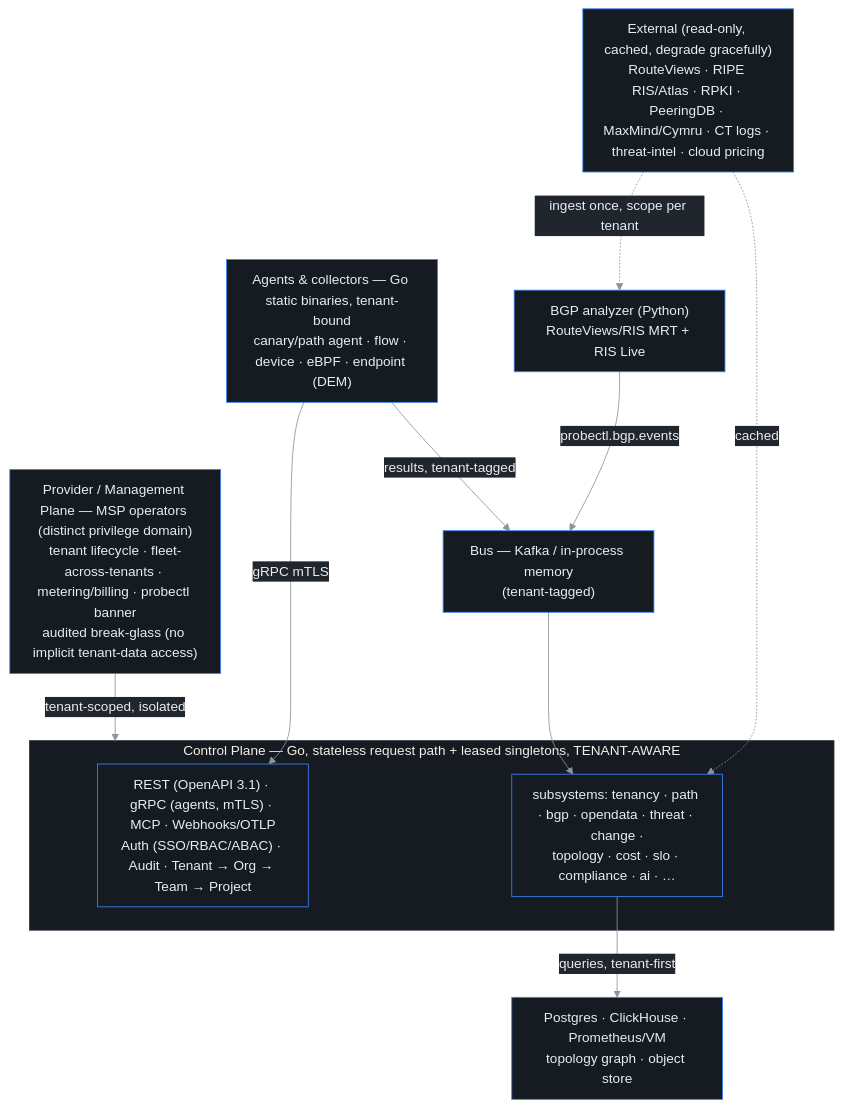
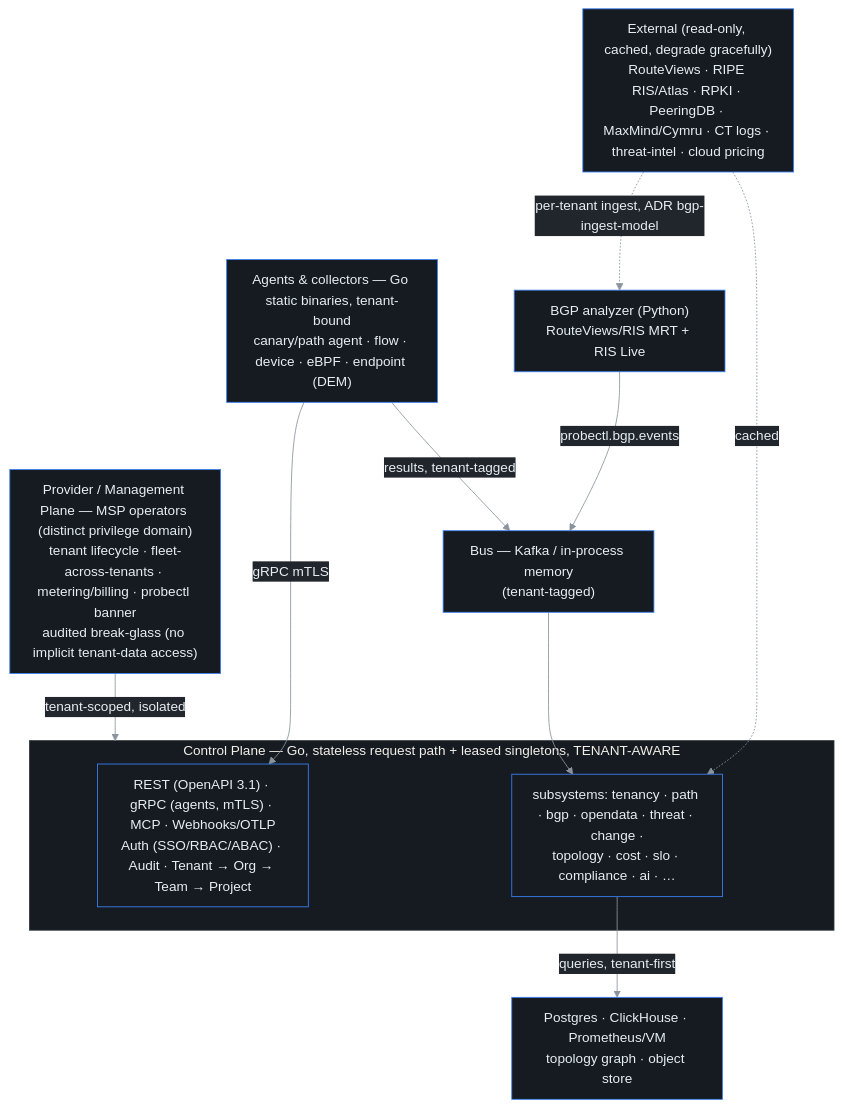
One commit to ctlplne/probectl changed the first of 7 diagrams in docs/architecture.md. Above: the diagram before and after it, drawn with Mermaid. The commit also changed 5 other files, not shown here.

````diff
--- a/docs/architecture.md
+++ b/docs/architecture.md
@@ -17,25 +17,25 @@
 ```mermaid
 %%{init: {'theme':'base','themeVariables':{'background':'#0d1117','primaryColor':'#161b22','primaryTextColor':'#e6edf3','primaryBorderColor':'#3b82f6','lineColor':'#8b949e','secondaryColor':'#21262d','tertiaryColor':'#0d1117','clusterBkg':'#161b22','clusterBorder':'#30363d','fontFamily':'ui-monospace, SFMono-Regular, Menlo, monospace'},'flowchart':{'curve':'basis','nodeSpacing':55,'rankSpacing':55,'padding':12}}}%%
 flowchart TB
     Provider["Provider / Management Plane — MSP operators (distinct privilege domain)<br/>tenant lifecycle · fleet-across-tenants · metering/billing · probectl banner<br/>audited break-glass (no implicit tenant-data access)"]
 
     subgraph CP["Control Plane — Go, stateless request path + leased singletons, TENANT-AWARE"]
         Edge["REST (OpenAPI 3.1) · gRPC (agents, mTLS) · MCP · Webhooks/OTLP<br/>Auth (SSO/RBAC/ABAC) · Audit · Tenant → Org → Team → Project"]
         Subsys["subsystems: tenancy · path · bgp · opendata · threat · change ·<br/>topology · cost · slo · compliance · ai · …"]
     end
 
     Agents["Agents & collectors — Go static binaries, tenant-bound<br/>canary/path agent · flow · device · eBPF · endpoint (DEM)"]
     Analyzer["BGP analyzer (Python)<br/>RouteViews/RIS MRT + RIS Live"]
     Bus["Bus — Kafka / in-process memory<br/>(tenant-tagged)"]
     Stores["Postgres · ClickHouse · Prometheus/VM<br/>topology graph · object store"]
     External["External (read-only, cached, degrade gracefully)<br/>RouteViews · RIPE RIS/Atlas · RPKI · PeeringDB · MaxMind/Cymru · CT logs · threat-intel · cloud pricing"]
 
     Provider -->|tenant-scoped, isolated| CP
     Agents -->|gRPC mTLS| Edge
     Analyzer -->|probectl.bgp.events| Bus
     Agents -->|results, tenant-tagged| Bus
     Bus --> Subsys
     Subsys -->|queries, tenant-first| Stores
-    External -.->|ingest once, scope per tenant| Analyzer
+    External -.->|per-tenant ingest, ADR bgp-ingest-model| Analyzer
     External -.->|cached| Subsys
 ```
````
